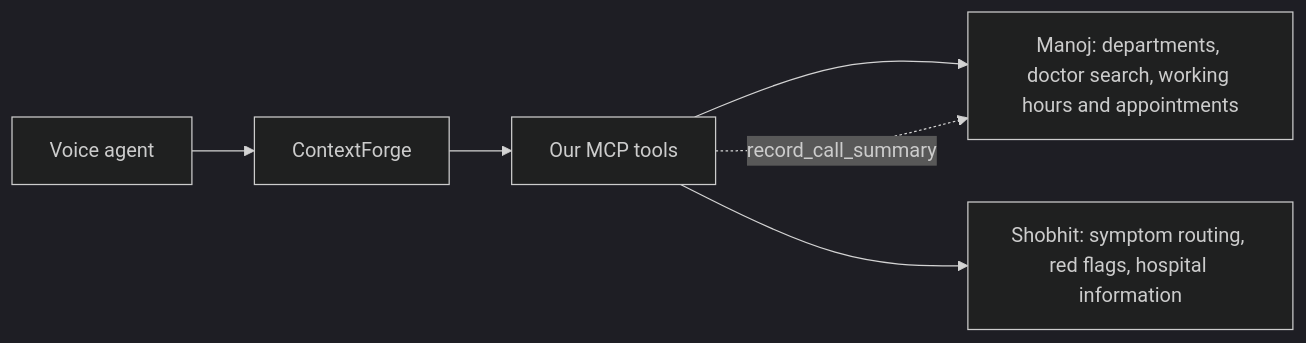
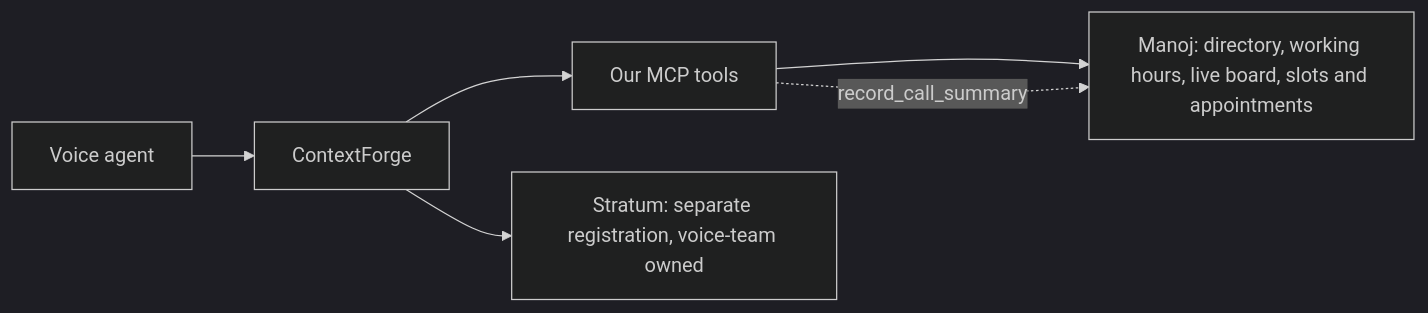
One commit to Garry2012/healthcare-tools changed the diagram in docs/handover/mcp-only/PLAN.md. Above: the diagram before and after it, drawn with Mermaid (dark theme). The commit also changed other lines of this file and 111 other files, not shown here.

````diff
--- a/docs/handover/mcp-only/PLAN.md
+++ b/docs/handover/mcp-only/PLAN.md
@@ -11,8 +11,8 @@
 ```mermaid
 flowchart LR
   V[Voice agent] --> G[ContextForge]
   G --> M[Our MCP tools]
-  M --> O[Manoj: departments, doctor search, working hours and appointments]
-  M --> K[Shobhit: symptom routing, red flags, hospital information]
+  M --> O[Manoj: directory, working hours, live board, slots and appointments]
+  G --> K[Stratum: separate registration, voice-team owned]
   M -. record_call_summary .-> O
 ```
````
